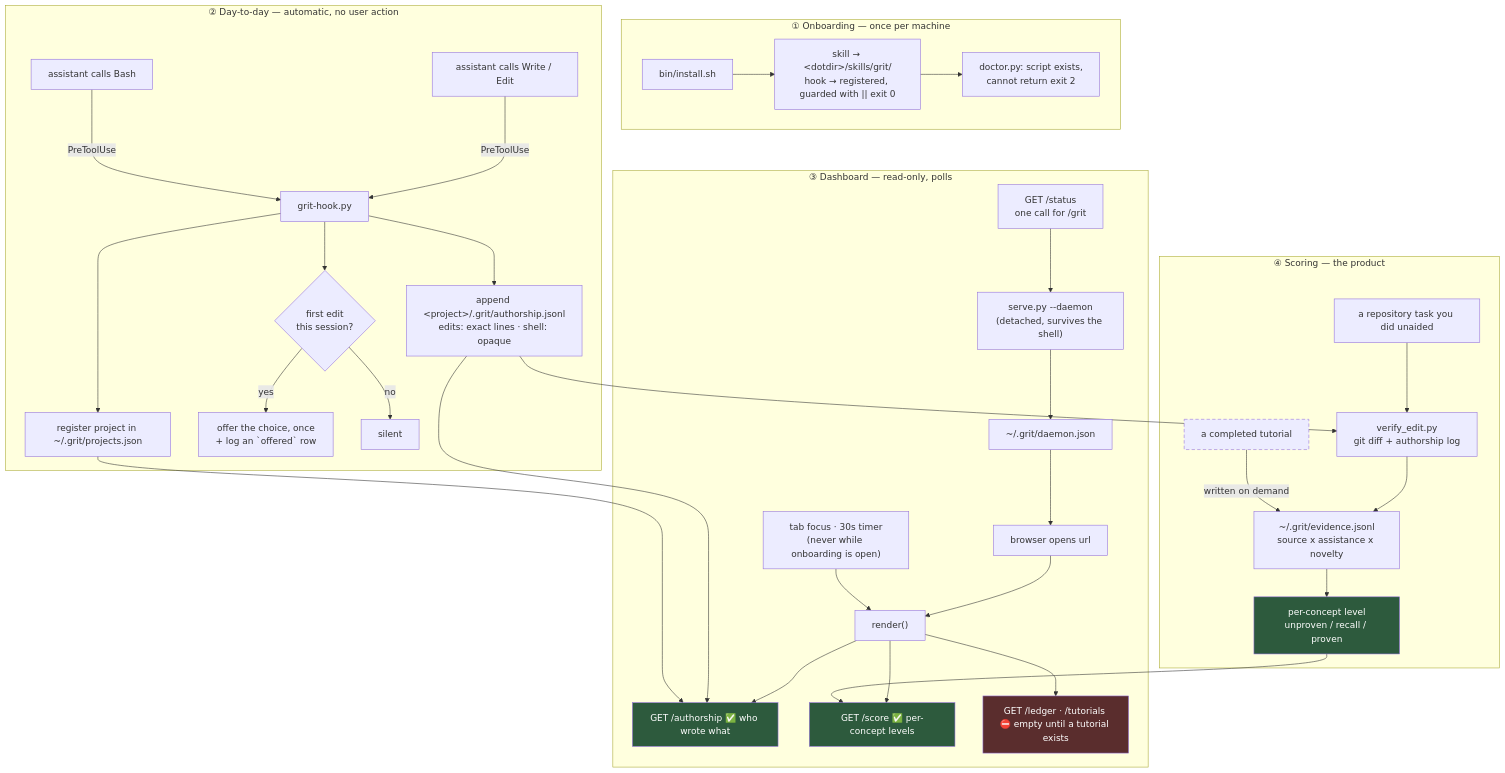
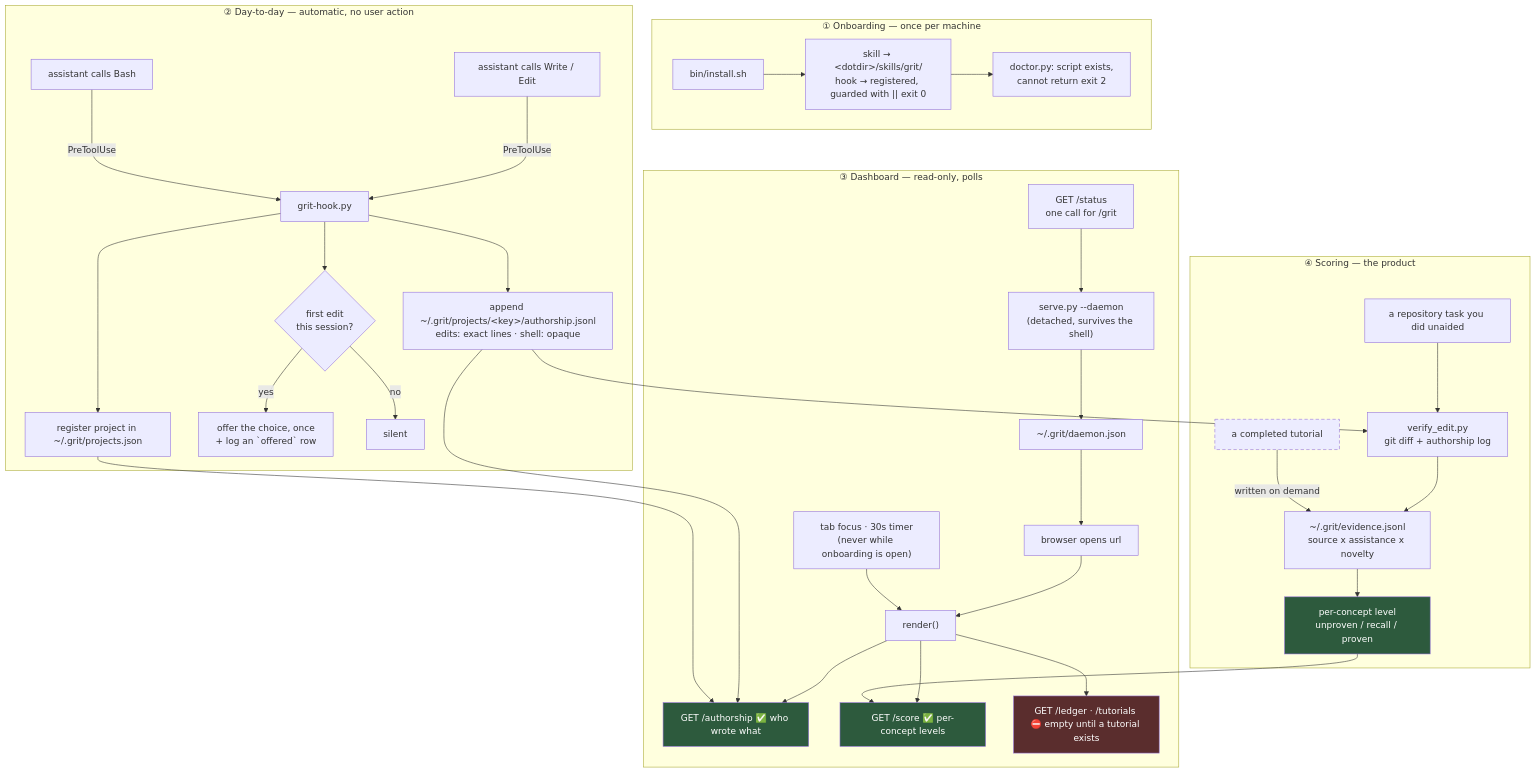
One commit to state-alchemists/grit changed the diagram in docs/adr/0008-dashboard-polls-files-it-does-not-push.md. Above: the diagram before and after it, drawn with Mermaid. The commit also changed other lines of this file and 6 other files, not shown here.

````diff
--- a/docs/adr/0008-dashboard-polls-files-it-does-not-push.md
+++ b/docs/adr/0008-dashboard-polls-files-it-does-not-push.md
@@ -23,46 +25,46 @@
 ```mermaid
 flowchart TD
     subgraph ONCE ["① Onboarding — once per machine"]
         I["bin/install.sh"] --> I2["skill → &lt;dotdir&gt;/skills/grit/<br/>hook → registered, guarded with || exit 0"]
         I2 --> D0["doctor.py: script exists,<br/>cannot return exit 2"]
     end
 
     subgraph DAY ["② Day-to-day — automatic, no user action"]
         W["assistant calls Write / Edit"] -->|PreToolUse| H["grit-hook.py"]
         B["assistant calls Bash"] -->|PreToolUse| H
-        H --> H1["append &lt;project&gt;/.grit/authorship.jsonl<br/>edits: exact lines · shell: opaque"]
+        H --> H1["append ~/.grit/projects/&lt;key&gt;/authorship.jsonl<br/>edits: exact lines · shell: opaque"]
         H --> H2["register project in ~/.grit/projects.json"]
         H --> H3{"first edit<br/>this session?"}
         H3 -->|yes| ASK["offer the choice, once<br/>+ log an `offered` row"]
         H3 -->|no| SILENT["silent"]
     end
 
     subgraph DASH ["③ Dashboard — read-only, polls"]
         S["serve.py --daemon<br/>(detached, survives the shell)"] --> S1["~/.grit/daemon.json"]
         S1 --> P["browser opens url"]
         P --> R["render()"]
         R --> A1["GET /authorship ✅ who wrote what"]
         R --> A2["GET /score ✅ per-concept levels"]
         R --> A3["GET /ledger · /tutorials ⛔ empty until a tutorial exists"]
         REFRESH["tab focus · 30s timer<br/>(never while onboarding is open)"] --> R
         STATUS["GET /status<br/>one call for /grit"] --> S
     end
 
     subgraph SCORE ["④ Scoring — the product"]
         TASK["a repository task you did unaided"] --> VE["verify_edit.py<br/>git diff + authorship log"]
         VE --> EV["~/.grit/evidence.jsonl<br/>source x assistance x novelty"]
         TUT["a completed tutorial"] -->|written on demand| EV
         EV --> LV["per-concept level<br/>unproven / recall / proven"]
     end
 
     H1 --> A1
     H2 --> A1
     H1 --> VE
     LV --> A2
 
     style TUT stroke-dasharray: 6 4
     style A1 fill:#2d5a3d,color:#fff
     style A2 fill:#2d5a3d,color:#fff
     style A3 fill:#5a2d2d,color:#fff
     style LV fill:#2d5a3d,color:#fff
 ```
````
